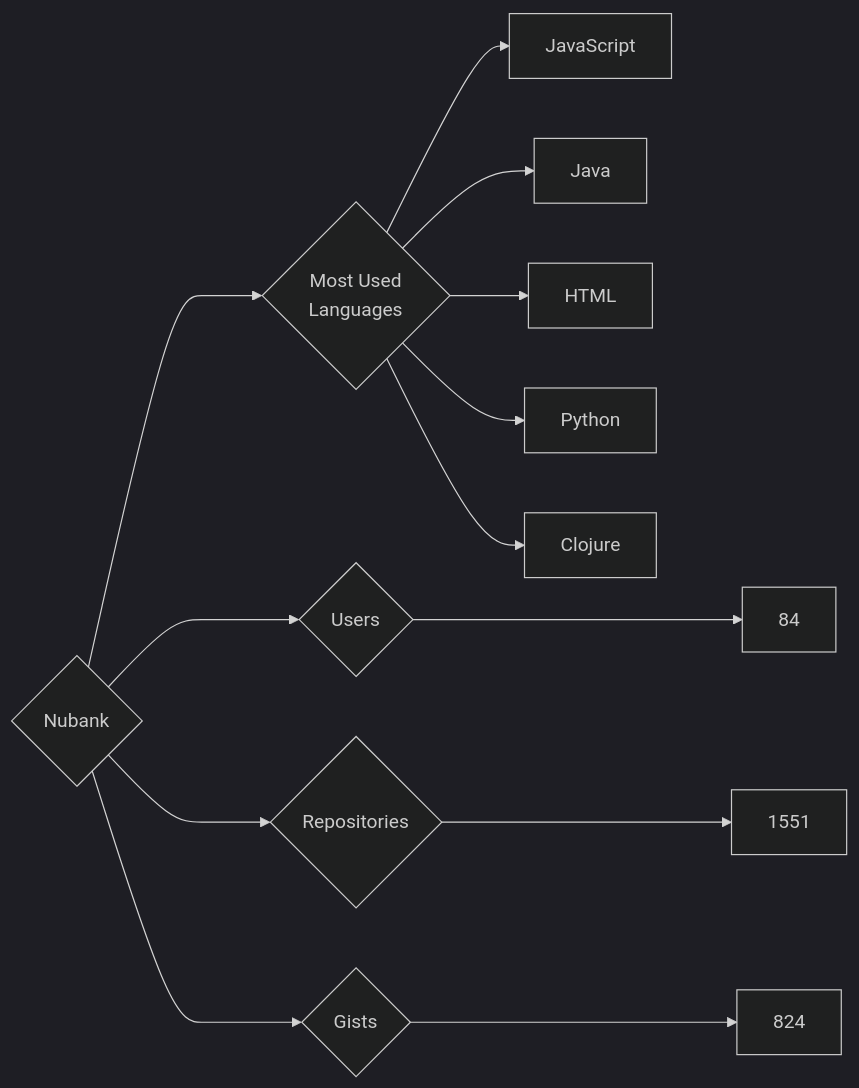
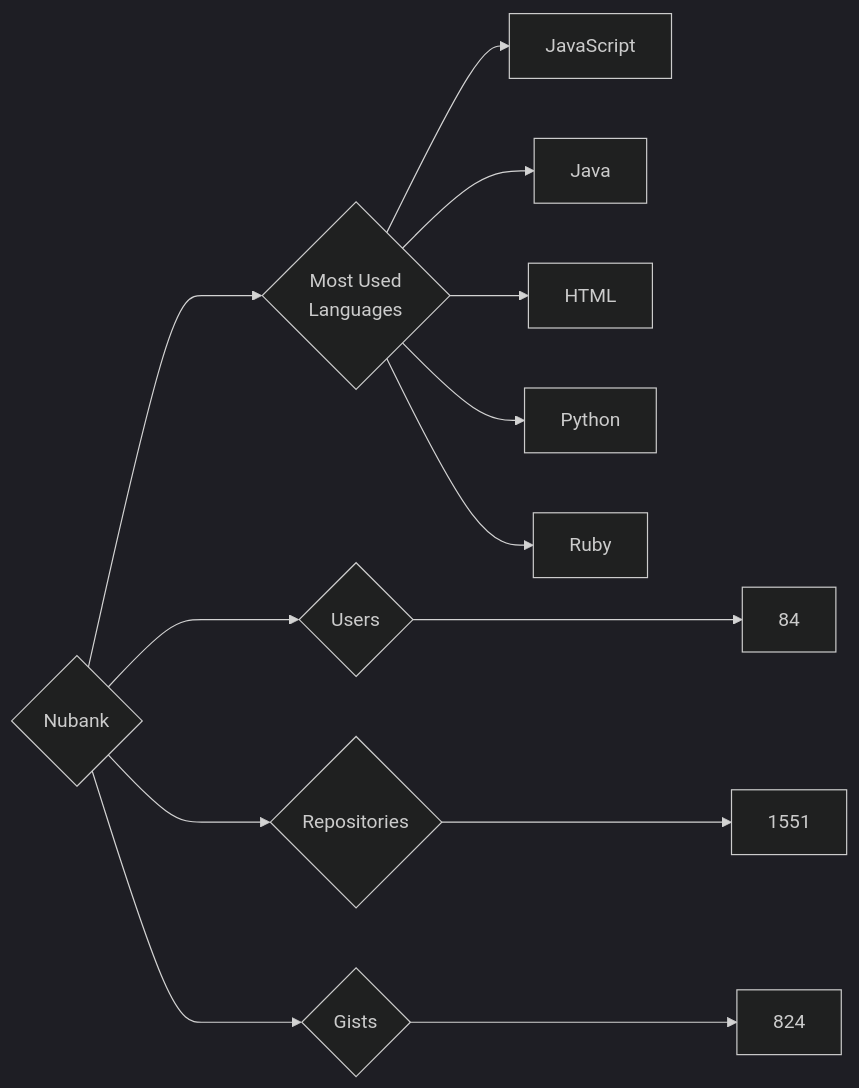
The diagram in targets/Nubank/README.md (trickest/insiders), drawn with Mermaid (dark theme) before and after one commit. The commit also changed 920 other files, not shown here.

````diff
--- a/targets/Nubank/README.md
+++ b/targets/Nubank/README.md
@@ -3,13 +3,13 @@
 ```mermaid
 graph LR
 COMPANY_NAME{Nubank}
 COMPANY_NAME ---> U{Users} ---> UN[84]
 COMPANY_NAME ---> R{Repositories} ---> RN[1551]
 COMPANY_NAME ---> G{Gists} ---> GN[824]
 COMPANY_NAME ---> ML{Most Used<br>Languages}
 ML --> JavaScript[JavaScript]
 ML --> Java[Java]
 ML --> HTML[HTML]
 ML --> Python[Python]
-ML --> Clojure[Clojure]
+ML --> Ruby[Ruby]
 ```
````
